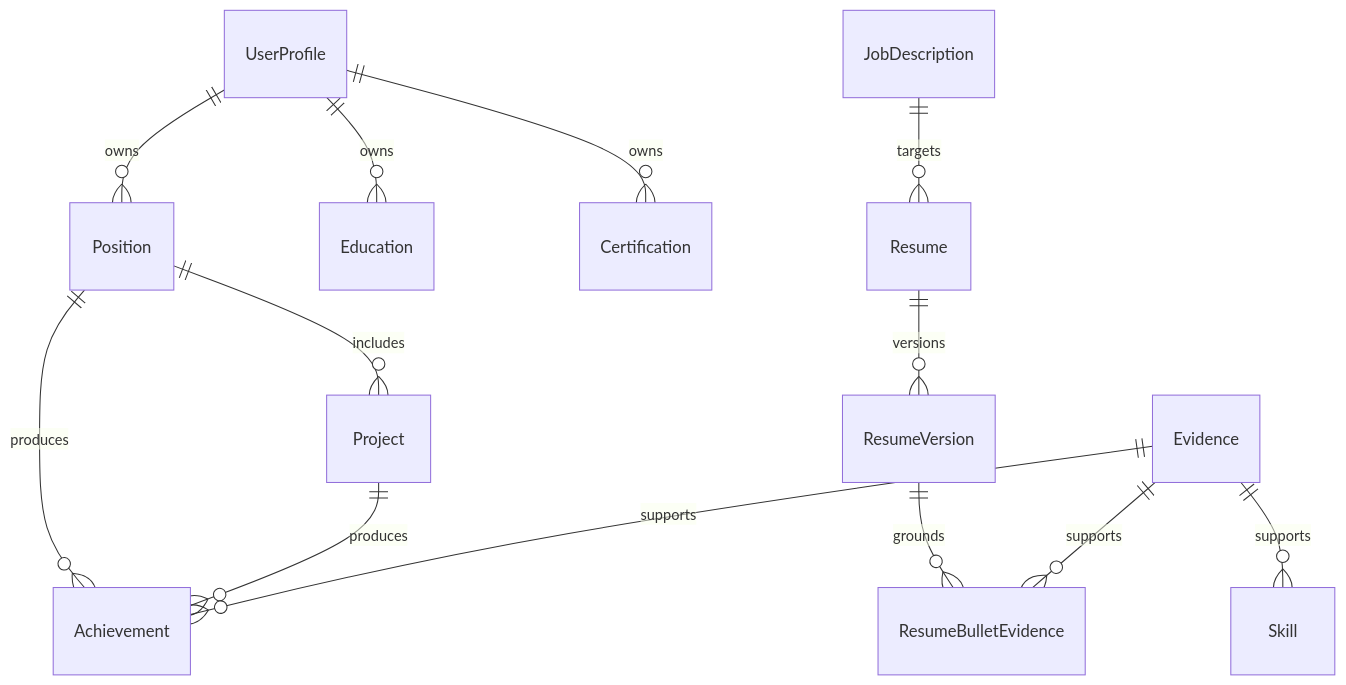
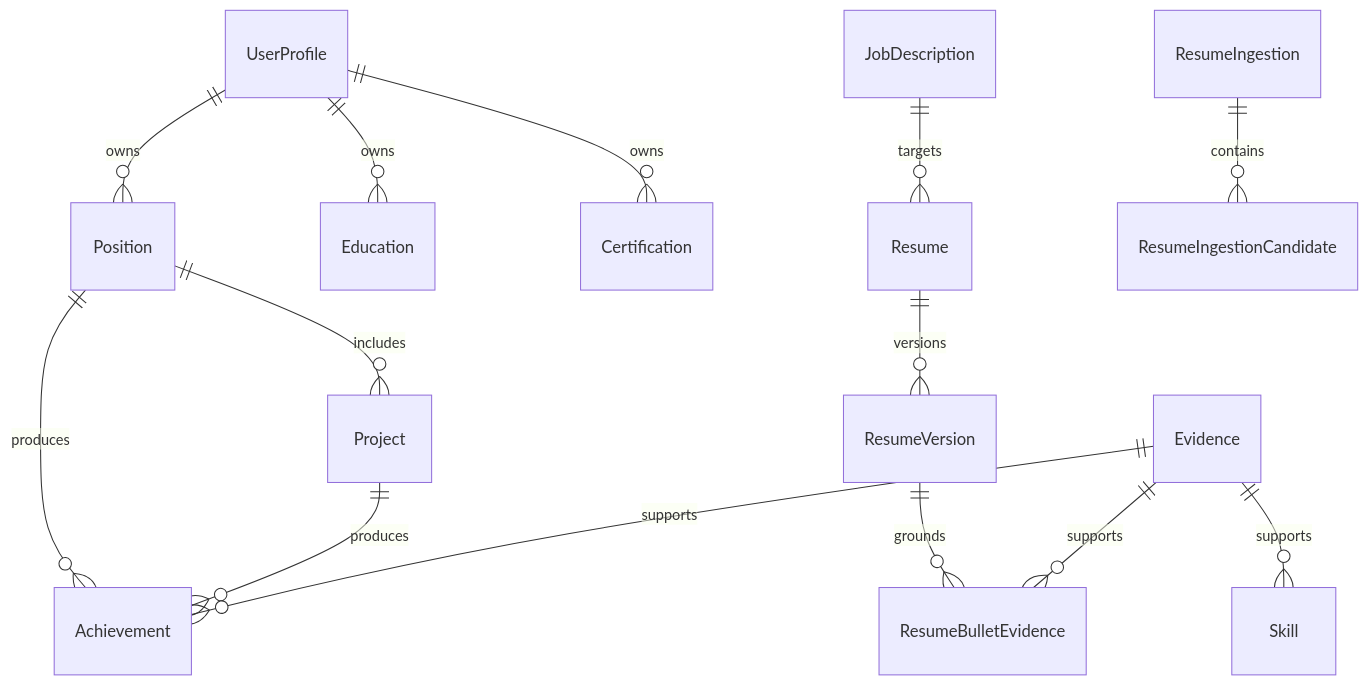
The diagram in docs/03-data-model.md (solki/cv-master), drawn with Mermaid before and after one commit. The commit also changed other lines of this file and 47 other files, not shown here.

````diff
--- a/docs/03-data-model.md
+++ b/docs/03-data-model.md
@@ -233,15 +269,16 @@
 ```mermaid
 erDiagram
   UserProfile ||--o{ Position : owns
   UserProfile ||--o{ Education : owns
   UserProfile ||--o{ Certification : owns
   Position ||--o{ Project : includes
   Position ||--o{ Achievement : produces
   Project ||--o{ Achievement : produces
   Evidence ||--o{ Achievement : supports
   Evidence ||--o{ Skill : supports
   JobDescription ||--o{ Resume : targets
   Resume ||--o{ ResumeVersion : versions
   ResumeVersion ||--o{ ResumeBulletEvidence : grounds
   Evidence ||--o{ ResumeBulletEvidence : supports
+  ResumeIngestion ||--o{ ResumeIngestionCandidate : contains
 ```
````
